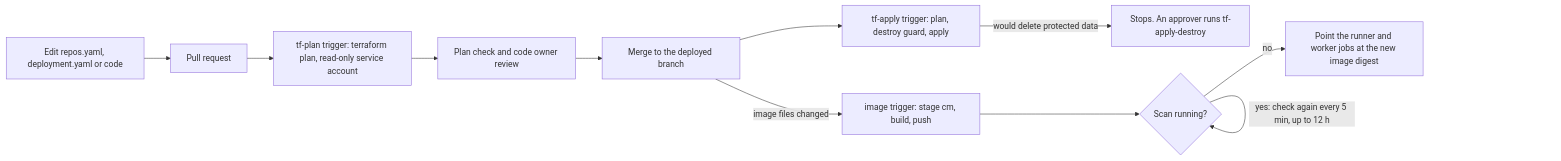
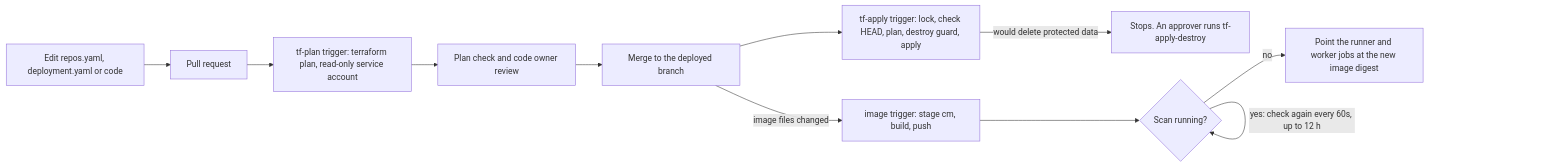
One commit to niteshtadepalli/bokeh changed the third of 3 diagrams in docs/customer/how_it_works.md. Above: the diagram before and after it, drawn with Mermaid. The commit also changed other lines of this file and 21 other files, not shown here.

````diff
--- a/docs/customer/how_it_works.md
+++ b/docs/customer/how_it_works.md
@@ -122,13 +122,13 @@
 ```mermaid
 flowchart LR
   edit["Edit repos.yaml, deployment.yaml or code"] --> pr["Pull request"]
   pr --> plan["tf-plan trigger: terraform plan, read-only service account"]
   plan --> review["Plan check and code owner review"]
   review --> merge["Merge to the deployed branch"]
-  merge --> apply["tf-apply trigger: plan, destroy guard, apply"]
+  merge --> apply["tf-apply trigger: lock, check HEAD, plan, destroy guard, apply"]
   apply -- "would delete protected data" --> stop["Stops. An approver runs tf-apply-destroy"]
   merge -- "image files changed" --> img["image trigger: stage cm, build, push"]
   img --> wait{"Scan running?"}
-  wait -- "yes: check again every 5 min, up to 12 h" --> wait
+  wait -- "yes: check again every 60s, up to 12 h" --> wait
   wait -- "no" --> roll["Point the runner and worker jobs at the new image digest"]
 ```
````
